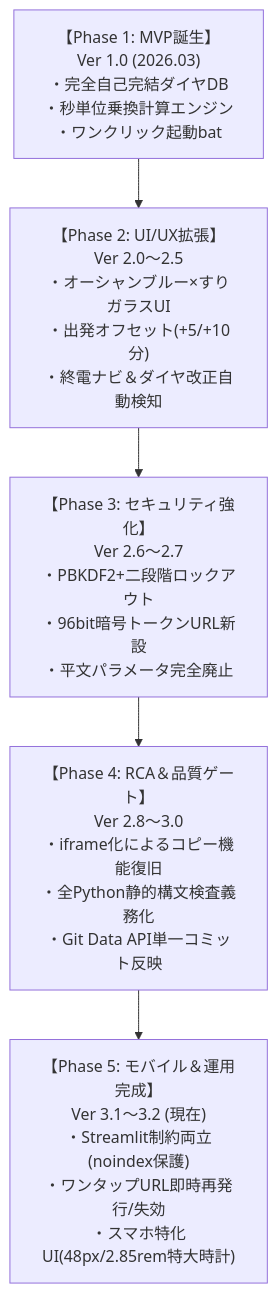
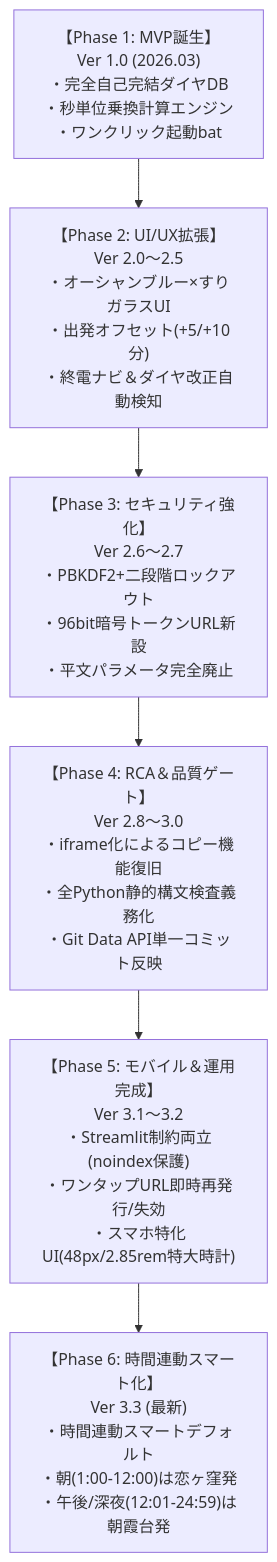
The diagram in REQUIREMENTS.md (uriboh428/koiasa-train-timer), drawn with Mermaid before and after one commit. The commit also changed other lines of this file and 4 other files, not shown here.

````diff
--- a/REQUIREMENTS.md
+++ b/REQUIREMENTS.md
@@ -20,14 +20,16 @@
 ```mermaid
 flowchart TD
     V1["【Phase 1: MVP誕生】<br>Ver 1.0 (2026.03)<br>・完全自己完結ダイヤDB<br>・秒単位乗換計算エンジン<br>・ワンクリック起動bat"]
     
     V2["【Phase 2: UI/UX拡張】<br>Ver 2.0〜2.5<br>・オーシャンブルー×すりガラスUI<br>・出発オフセット(+5/+10分)<br>・終電ナビ＆ダイヤ改正自動検知"]
     
     V3["【Phase 3: セキュリティ強化】<br>Ver 2.6〜2.7<br>・PBKDF2+二段階ロックアウト<br>・96bit暗号トークンURL新設<br>・平文パラメータ完全廃止"]
     
     V4["【Phase 4: RCA＆品質ゲート】<br>Ver 2.8〜3.0<br>・iframe化によるコピー機能復旧<br>・全Python静的構文検査義務化<br>・Git Data API単一コミット反映"]
     
-    V5["【Phase 5: モバイル＆運用完成】<br>Ver 3.1〜3.2 (現在)<br>・Streamlit制約両立(noindex保護)<br>・ワンタップURL即時再発行/失効<br>・スマホ特化UI(48px/2.85rem特大時計)"]
+    V5["【Phase 5: モバイル＆運用完成】<br>Ver 3.1〜3.2<br>・Streamlit制約両立(noindex保護)<br>・ワンタップURL即時再発行/失効<br>・スマホ特化UI(48px/2.85rem特大時計)"]
 
-    V1 --> V2 --> V3 --> V4 --> V5
+    V6["【Phase 6: 時間連動スマート化】<br>Ver 3.3 (最新)<br>・時間連動スマートデフォルト<br>・朝(1:00-12:00)は恋ヶ窪発<br>・午後/深夜(12:01-24:59)は朝霞台発"]
+
+    V1 --> V2 --> V3 --> V4 --> V5 --> V6
 ```
````
